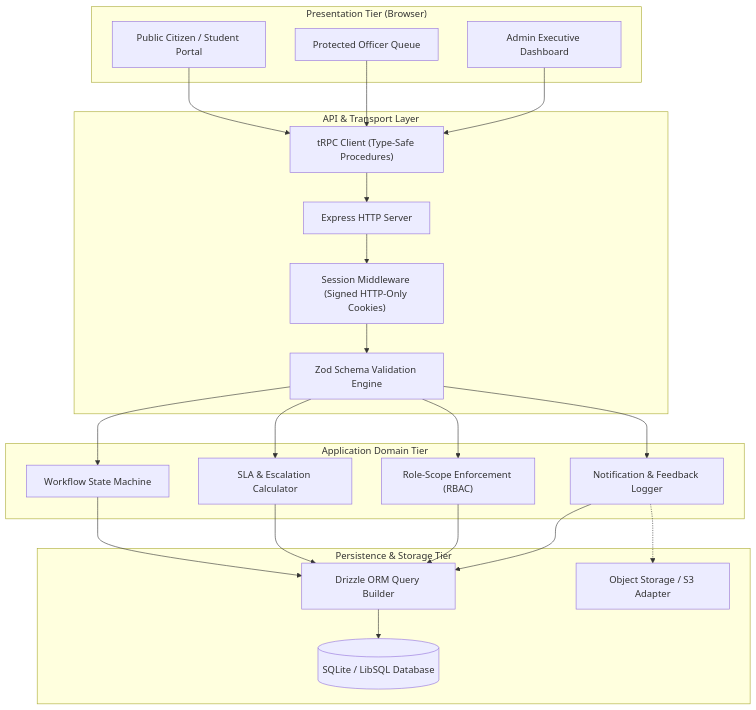
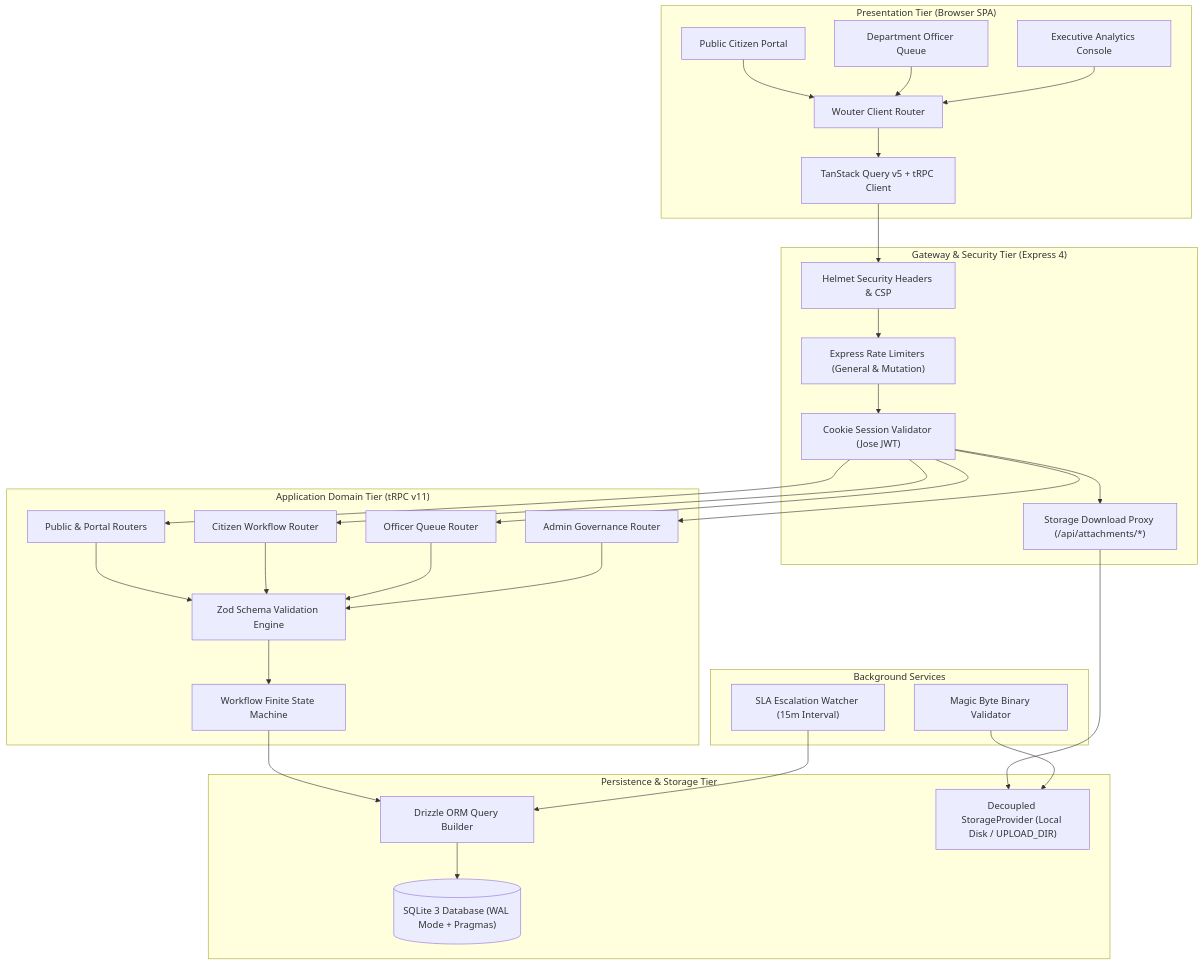
The first of 2 diagrams in README.md (sachin-saroj/CivicResolve), drawn with Mermaid before and after one commit. The commit also changed other lines of this file, not shown here.

Commit message:
docs: upgrade README with comprehensive visual showcase, architecture diagrams, and viva guide

````diff
--- a/README.md
+++ b/README.md
@@ -118,39 +181,51 @@
 ```mermaid
 flowchart TD
-    subgraph Client["Presentation Tier (Browser)"]
-        A["Public Citizen / Student Portal"]
-        B["Protected Officer Queue"]
-        C["Admin Executive Dashboard"]
+    subgraph Client["Presentation Tier (Browser SPA)"]
+        A["Public Citizen Portal"]
+        B["Department Officer Queue"]
+        C["Executive Analytics Console"]
+        D["Wouter Client Router"]
+        E["TanStack Query v5 + tRPC Client"]
     end
 
-    subgraph Transport["API & Transport Layer"]
-        D["tRPC Client (Type-Safe Procedures)"]
-        E["Express HTTP Server"]
-        F["Session Middleware (Signed HTTP-Only Cookies)"]
-        G["Zod Schema Validation Engine"]
+    subgraph Gateway["Gateway & Security Tier (Express 4)"]
+        F["Helmet Security Headers & CSP"]
+        G["Express Rate Limiters (General & Mutation)"]
+        H["Cookie Session Validator (Jose JWT)"]
+        I["Storage Download Proxy (/api/attachments/*)"]
     end
 
-    subgraph Service["Application Domain Tier"]
-        H["Workflow State Machine"]
-        I["SLA & Escalation Calculator"]
-        J["Role-Scope Enforcement (RBAC)"]
-        K["Notification & Feedback Logger"]
+    subgraph API["Application Domain Tier (tRPC v11)"]
+        J["Public & Portal Routers"]
+        K["Citizen Workflow Router"]
+        L["Officer Queue Router"]
+        M["Admin Governance Router"]
+        N["Workflow Finite State Machine"]
+        O["Zod Schema Validation Engine"]
+    end
+
+    subgraph Service["Background Services"]
+        P["SLA Escalation Watcher (15m Interval)"]
+        Q["Magic Byte Binary Validator"]
     end
 
     subgraph Persistence["Persistence & Storage Tier"]
-        L["Drizzle ORM Query Builder"]
-        M[("SQLite / LibSQL Database")]
-        N["Object Storage / S3 Adapter"]
+        R["Drizzle ORM Query Builder"]
+        S[("SQLite 3 Database (WAL Mode + Pragmas)")]
+        T["Decoupled StorageProvider (Local Disk / UPLOAD_DIR)"]
     end
 
-    A --> D
-    B --> D
-    C --> D
+    A & B & C --> D
     D --> E
     E --> F
     F --> G
-    G --> H & I & J & K
-    H & I & J & K --> L
-    L --> M
-    K -.-> N
+    G --> H
+    H --> I & J & K & L & M
+    J & K & L & M --> O
+    O --> N
+    N --> R
+    P --> R
+    R --> S
+    I --> T
+    Q --> T
 ```
````
